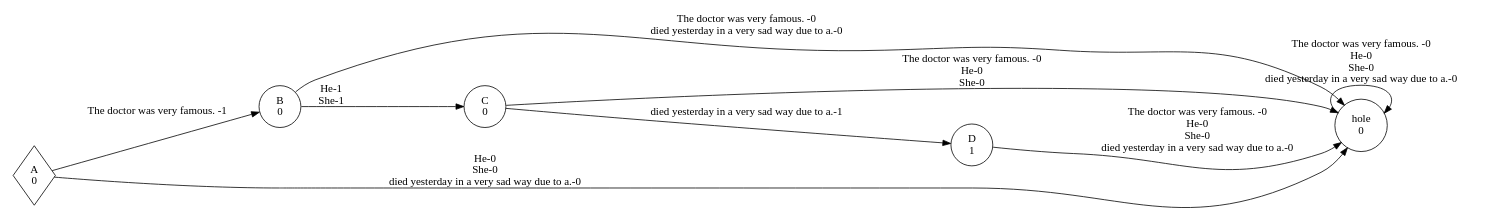
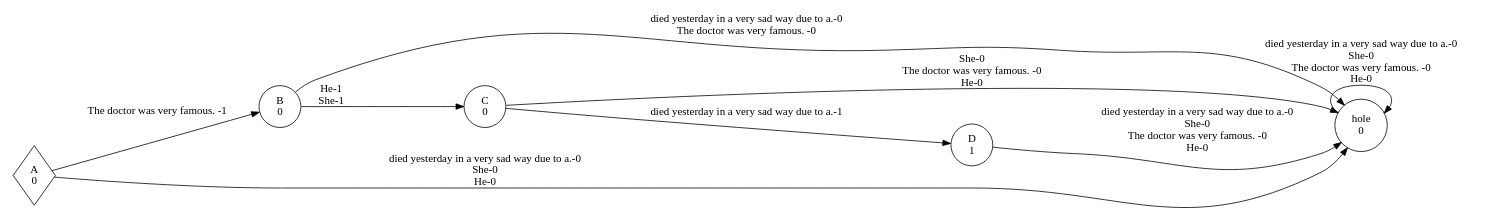
The diagram in EXPERIMENT_doctor_post_branching/DOCTOR_WFA_10.dot (kidnixt/pdfa_extraction), drawn with Graphviz before and after one commit. The commit also changed 31 other files, not shown here.

```diff
--- a/EXPERIMENT_doctor_post_branching/DOCTOR_WFA_10.dot
+++ b/EXPERIMENT_doctor_post_branching/DOCTOR_WFA_10.dot
@@ -1,34 +1,34 @@
 digraph weighted_automaton {
 	margin=0 rankdir=LR size=15
 	node [shape=circle]
 	A [label="A
 0" shape=diamond]
 	A -> B [label="The doctor was very famous. -1"]
-	A -> hole [label="He-0
+	A -> hole [label="died yesterday in a very sad way due to a.-0
 She-0
-died yesterday in a very sad way due to a.-0"]
+He-0"]
 	B [label="B
 0"]
 	B -> C [label="He-1
 She-1"]
-	B -> hole [label="The doctor was very famous. -0
-died yesterday in a very sad way due to a.-0"]
+	B -> hole [label="died yesterday in a very sad way due to a.-0
+The doctor was very famous. -0"]
 	C [label="C
 0"]
 	C -> D [label="died yesterday in a very sad way due to a.-1"]
-	C -> hole [label="The doctor was very famous. -0
-He-0
-She-0"]
+	C -> hole [label="She-0
+The doctor was very famous. -0
+He-0"]
 	D [label="D
 1"]
-	D -> hole [label="The doctor was very famous. -0
-He-0
+	D -> hole [label="died yesterday in a very sad way due to a.-0
 She-0
-died yesterday in a very sad way due to a.-0"]
+The doctor was very famous. -0
+He-0"]
 	hole [label="hole
 0"]
-	hole -> hole [label="The doctor was very famous. -0
-He-0
+	hole -> hole [label="died yesterday in a very sad way due to a.-0
 She-0
-died yesterday in a very sad way due to a.-0"]
+The doctor was very famous. -0
+He-0"]
 }
```
